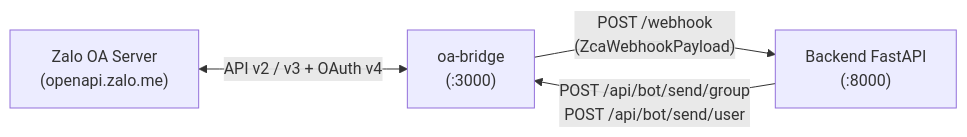
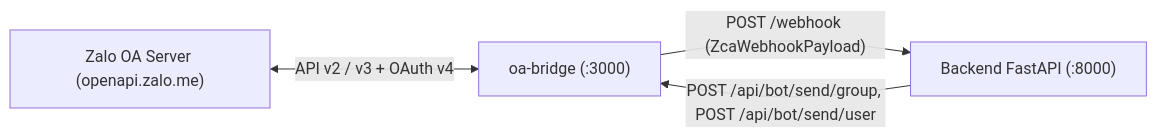
One commit to vutiendat2302/vsico_zalo_bot changed the diagram in backend/tests/postman/11_kiem_thu_zalo_oa_bridge.md. Above: the diagram before and after it, drawn with Mermaid. The commit also changed other lines of this file and 118 other files, not shown here.

````diff
--- a/backend/tests/postman/11_kiem_thu_zalo_oa_bridge.md
+++ b/backend/tests/postman/11_kiem_thu_zalo_oa_bridge.md
@@ -14,6 +6,6 @@
 ```mermaid
 flowchart LR
-    OA["Zalo OA Server<br/>(openapi.zalo.me)"] <-->|"API v2 / v3 + OAuth v4"| BRIDGE["oa-bridge<br/>(:3000)"]
-    BRIDGE -->|"POST /webhook<br/>(ZcaWebhookPayload)"| BE["Backend FastAPI<br/>(:8000)"]
-    BE -->|"POST /api/bot/send/group<br/>POST /api/bot/send/user"| BRIDGE
+    OA["Zalo OA Server (openapi.zalo.me)"] <-->|"API v2 / v3 + OAuth v4"| BRIDGE["oa-bridge (:3000)"]
+    BRIDGE -->|"POST /webhook (ZcaWebhookPayload)"| BE["Backend FastAPI (:8000)"]
+    BE -->|"POST /api/bot/send/group, POST /api/bot/send/user"| BRIDGE
 ```
````
